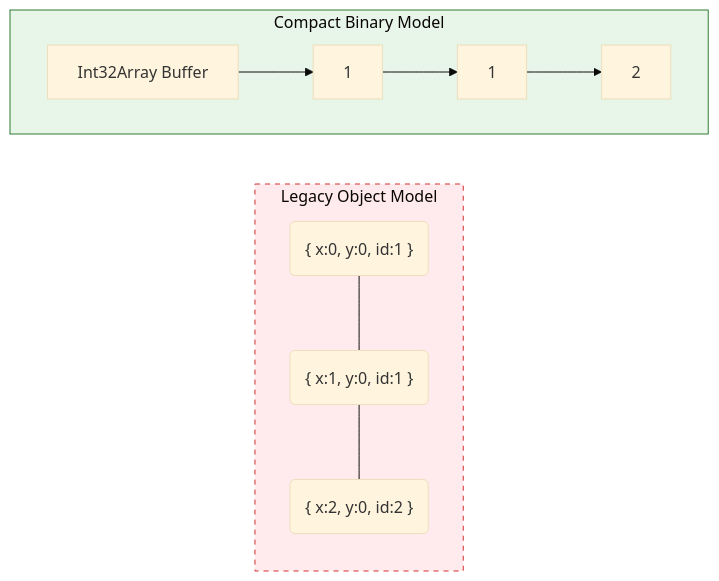
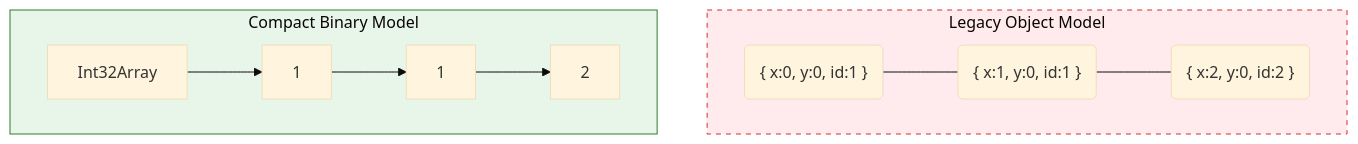
One commit to AbhinavGontu/ColorCraftInteractive changed the fifth of 6 diagrams in documentation.md. Above: the diagram before and after it, drawn with Mermaid (base theme).

Commit message:
Docs: Improve Memory Diagram Readability (Stacked Horizontal Flow)

````diff
--- a/documentation.md
+++ b/documentation.md
@@ -201,20 +201,15 @@
 ```mermaid
-graph LR
+graph TB
     subgraph Rejected_Memory_Model [Legacy Object Model]
-        direction TB
+        direction LR
         Obj1("{ x:0, y:0, id:1 }") --- Obj2("{ x:1, y:0, id:1 }")
         Obj2 --- Obj3("{ x:2, y:0, id:2 }")
         style Rejected_Memory_Model fill:#ffebee,stroke:#d32f2f,stroke-dasharray: 5 5
     end
     
     subgraph Adopted_Memory_Model [Compact Binary Model]
         direction LR
-        Buffer[Int32Array Buffer]
-        Val1[1]
-        Val2[1]
-        Val3[2]
-        
-        Buffer --> Val1 --> Val2 --> Val3
+        Buffer[Int32Array] --> Val1[1] --> Val2[1] --> Val3[2]
         style Adopted_Memory_Model fill:#e8f5e9,stroke:#2e7d32
     end
 ```
````
